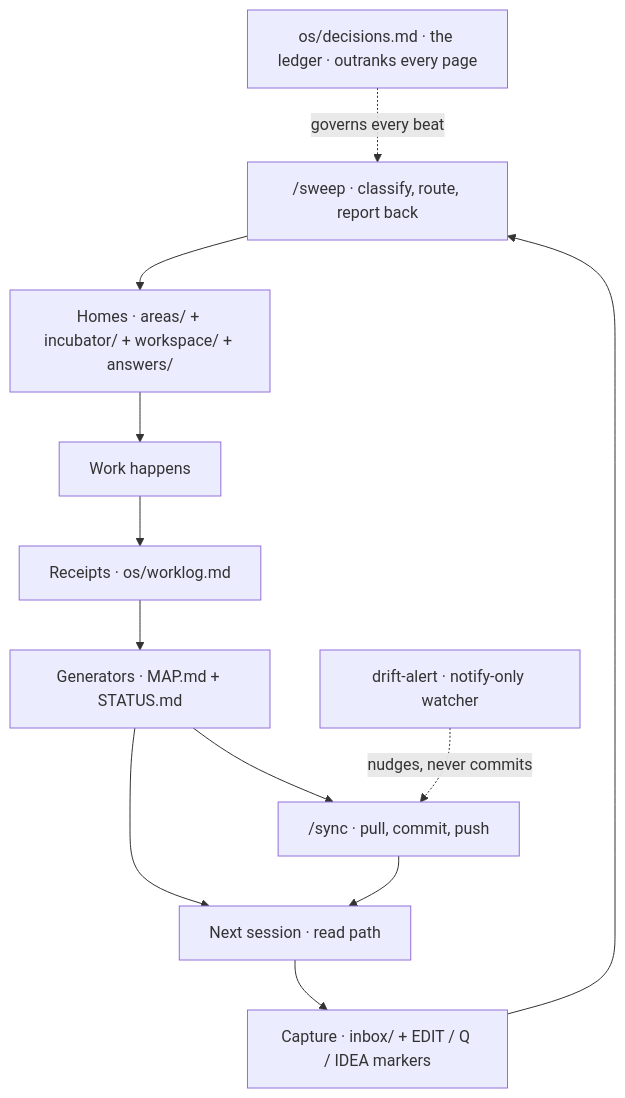
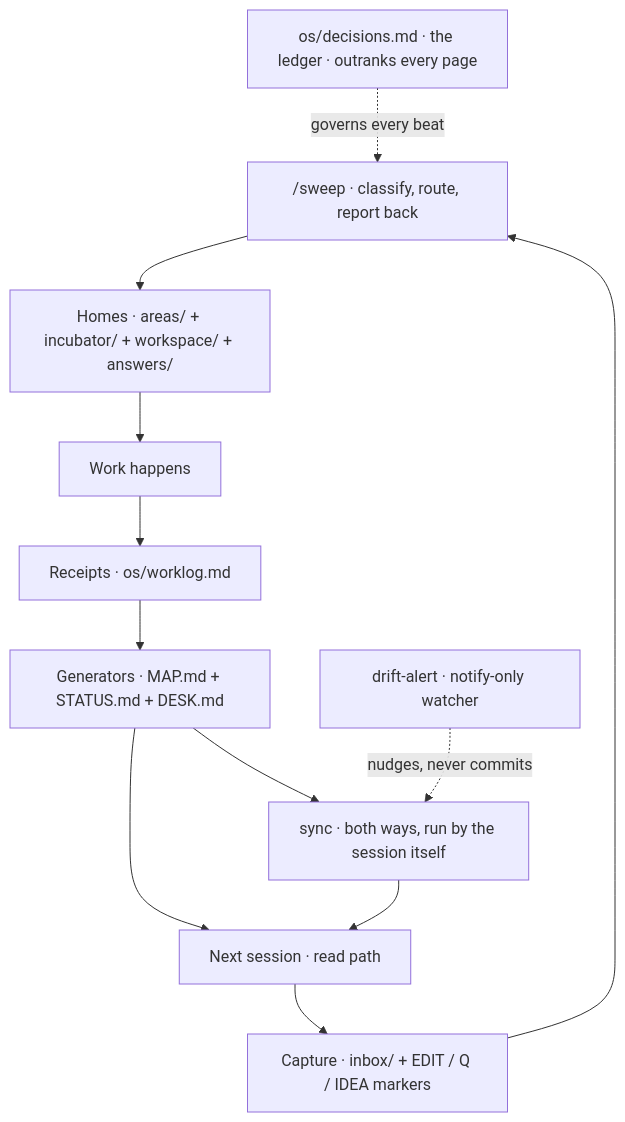
Before and after one commit to akovfoj-lang/plainframe: the diagram in README.md, drawn with Mermaid. The commit also changed other lines of this file and 43 other files, not shown here.

````diff
--- a/README.md
+++ b/README.md
@@ -18,22 +18,22 @@
 ```mermaid
 flowchart TD
     decisions["os/decisions.md · the ledger · outranks every page"]
 
     capture["Capture · inbox/ + EDIT / Q / IDEA markers"]
     sweep["/sweep · classify, route, report back"]
     homes["Homes · areas/ + incubator/ + workspace/ + answers/"]
     work["Work happens"]
     receipts["Receipts · os/worklog.md"]
-    generators["Generators · MAP.md + STATUS.md"]
+    generators["Generators · MAP.md + STATUS.md + DESK.md"]
     readpath["Next session · read path"]
 
     capture --> sweep --> homes --> work --> receipts --> generators --> readpath --> capture
 
     decisions -.->|governs every beat| sweep
 
-    sync["/sync · pull, commit, push"]
+    sync["sync · both ways, run by the session itself"]
     drift["drift-alert · notify-only watcher"]
 
     generators --> sync --> readpath
     drift -.->|nudges, never commits| sync
 ```
````
